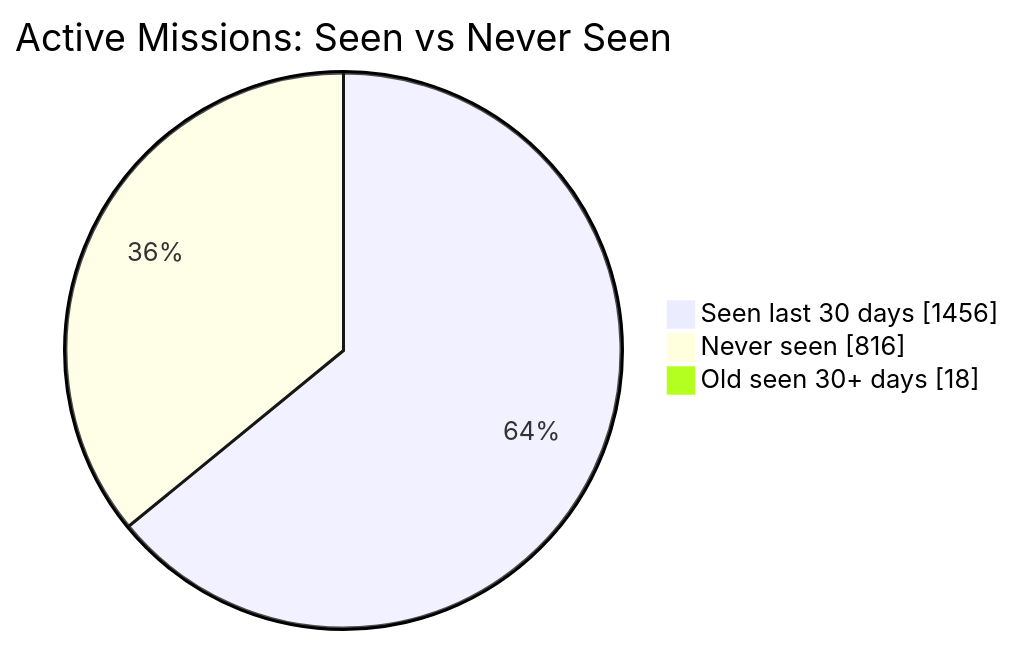
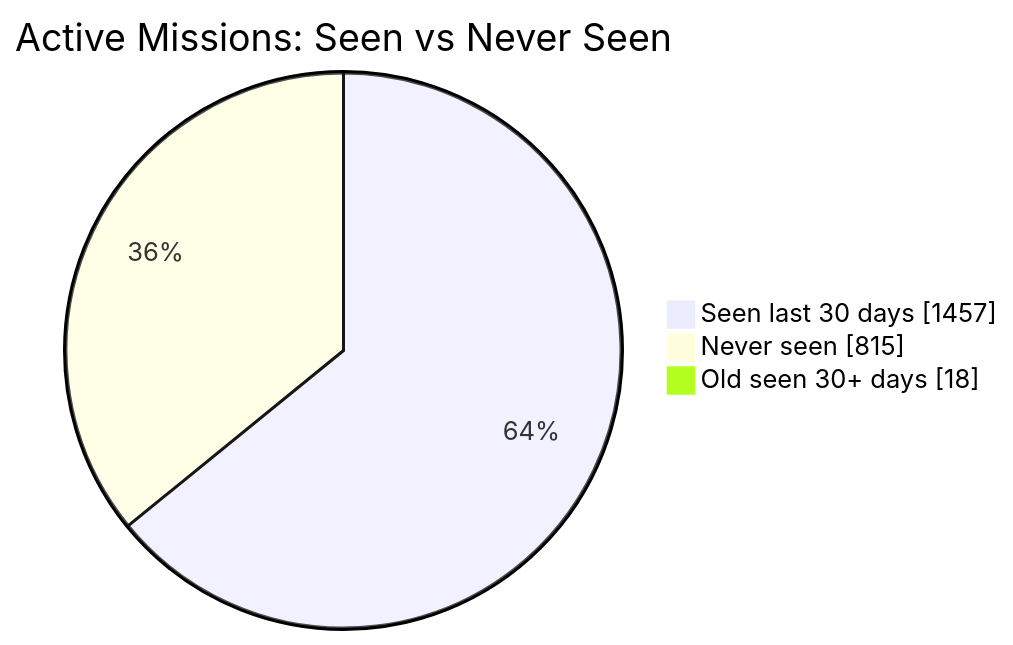
Before and after one commit to MeldkamerspelGameTeam/active-missions: the first of 2 diagrams in README.md, drawn with Mermaid. The commit also changed other lines of this file and 3 other files, not shown here.

````diff
--- a/README.md
+++ b/README.md
@@ -34,7 +34,7 @@
 ```mermaid
 pie showData
     title Active Missions: Seen vs Never Seen
-    "Seen last 30 days" : 1456
-    "Never seen" : 816
+    "Seen last 30 days" : 1457
+    "Never seen" : 815
     "Old seen 30+ days" : 18
 ```
````
